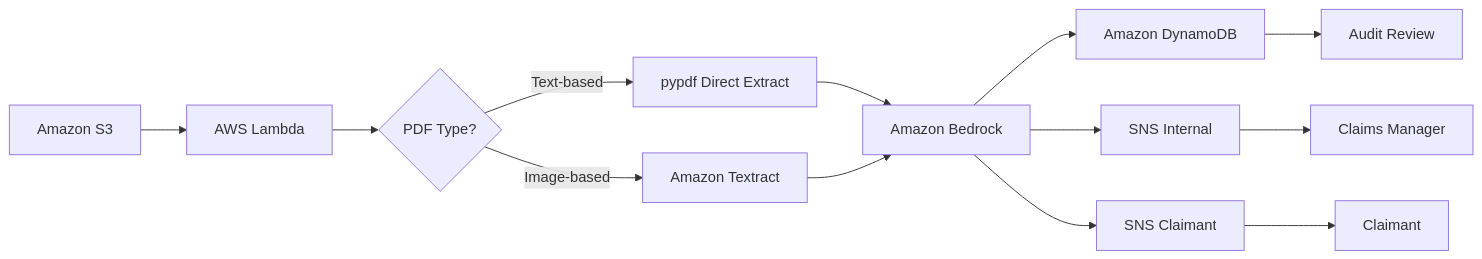
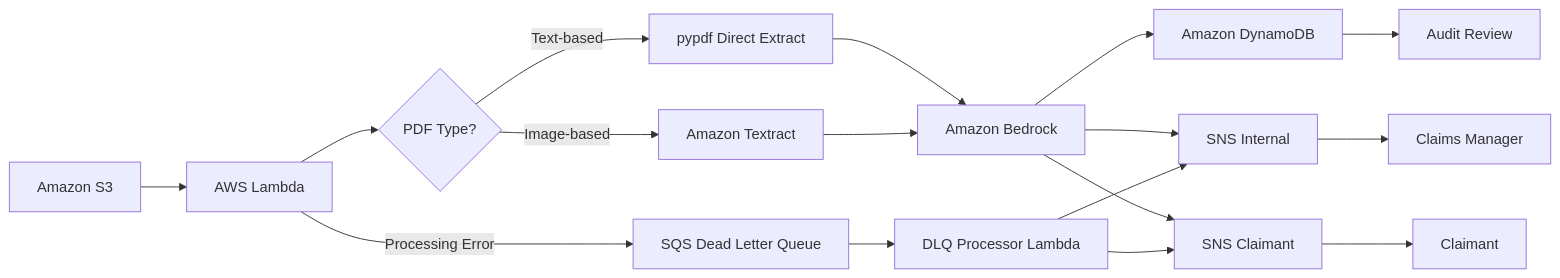
Before and after one commit to nathanielkay11-tech/aws-ai-document-pipeline: the diagram in README.md, drawn with Mermaid. The commit also changed other lines of this file and 7 other files, not shown here.

Commit message:
feat: add DLQ processor Lambda, update architecture diagram, ADR-011, README and iteration 3 prompt

````diff
--- a/README.md
+++ b/README.md
@@ -49,15 +49,19 @@
 ```mermaid
 graph LR
     A[Amazon S3] --> B[AWS Lambda]
     B --> C{PDF Type?}
     C -->|Text-based| D[pypdf Direct Extract]
     C -->|Image-based| E[Amazon Textract]
     D --> F[Amazon Bedrock]
     E --> F[Amazon Bedrock]
     F --> G[Amazon DynamoDB]
     F --> H[SNS Internal]
     F --> I[SNS Claimant]
     H --> J[Claims Manager]
     I --> K[Claimant]
     G --> L[Audit Review]
+    B -->|Processing Error| M[SQS Dead Letter Queue]
+    M --> N[DLQ Processor Lambda]
+    N --> H
+    N --> I
 ```
````
